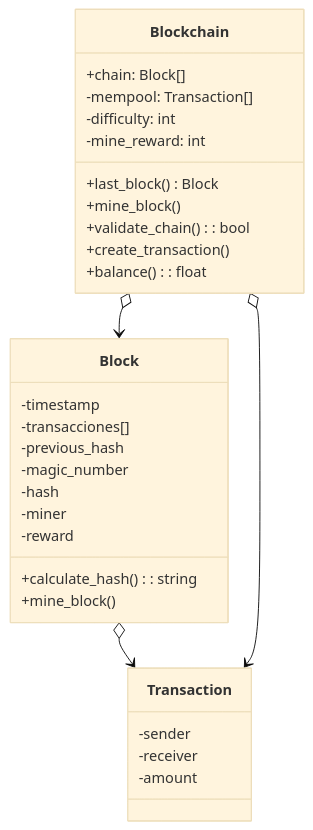
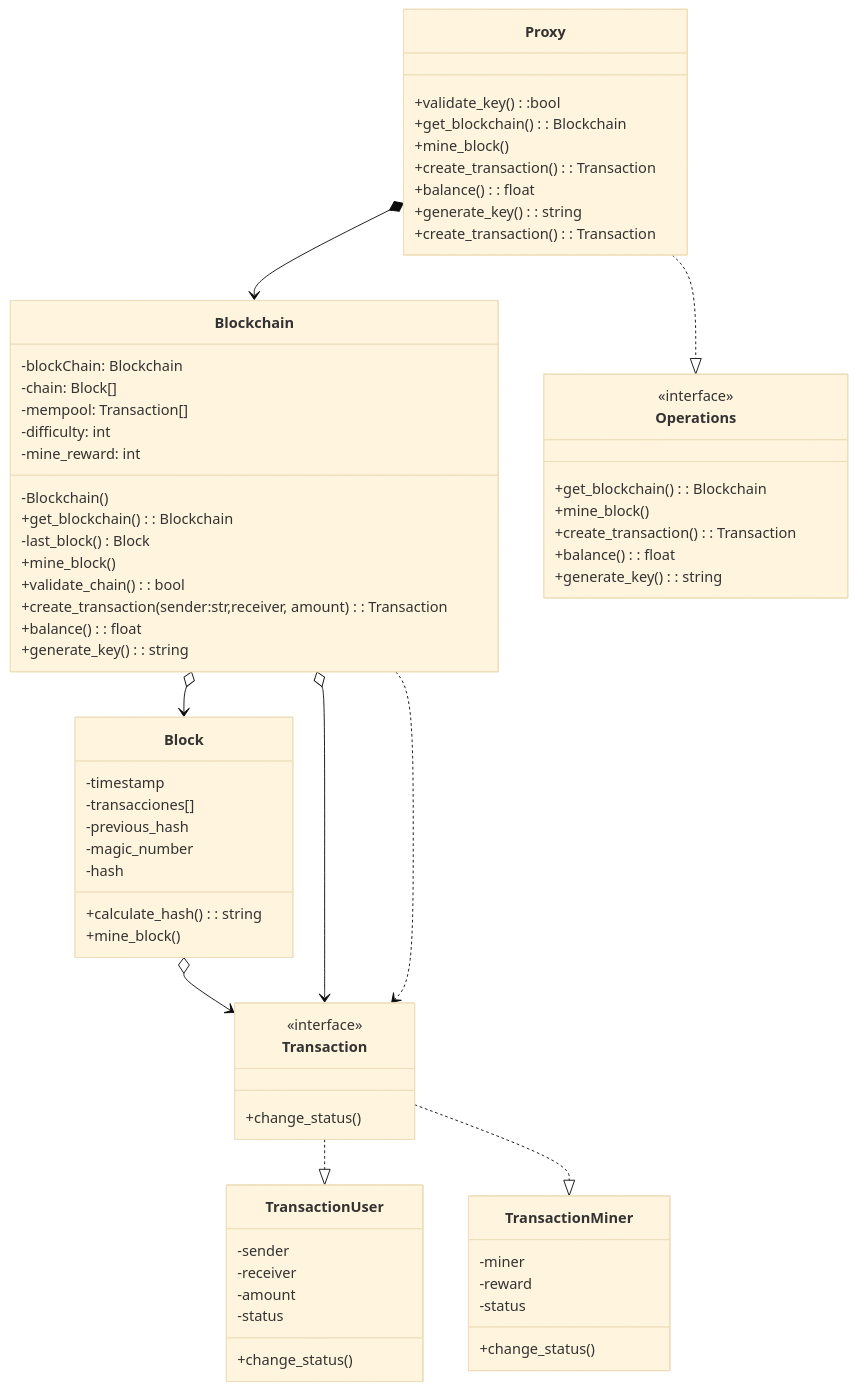
Before and after one commit to Salvador025/Crypto: the diagram in UML.md, drawn with Mermaid (base theme). The commit also changed other lines of this file, not shown here.

Commit message:
added method: generate_key, patterns added: proxy, singleton, Factory Method

````diff
--- a/UML.md
+++ b/UML.md
@@ -3,37 +4,78 @@
 ```mermaid
 classDiagram
     class Blockchain{
-        +chain: Block[]
+        -blockChain: Blockchain
+        -chain: Block[]
         -mempool: Transaction[]
         -difficulty: int
         -mine_reward: int
-        +last_block() Block
+        -Blockchain()
+        +get_blockchain(): Blockchain
+        -last_block() Block
         +mine_block()
         +validate_chain(): bool
-        +create_transaction()
+        +create_transaction(sender:str,receiver, amount): Transaction
         +balance(): float
+        +generate_key(): string
 
     }
 
     class Block{
         -timestamp
         -transacciones[]
         -previous_hash
         -magic_number
         -hash
-        -miner
-        -reward
 
         +calculate_hash(): string
         +mine_block()
     }
 
     class Transaction{
+        <<interface>>
+        +change_status()
+    }
+
+    class TransactionUser{
         -sender
         -receiver
         -amount
+        -status
+        +change_status()
     }
+
+    class TransactionMiner{
+        -miner
+        -reward
+        -status
+        +change_status()
+    }
+
+    class Proxy{
+        +validate_key():bool
+        +get_blockchain(): Blockchain
+        +mine_block()
+        +create_transaction(): Transaction
+        +balance(): float
+        +generate_key(): string
+        +create_transaction(): Transaction
+    }
+
+    class Operations{
+        <<interface>>
+        +get_blockchain(): Blockchain
+        +mine_block()
+        +create_transaction(): Transaction
+        +balance(): float
+        +generate_key(): string
+    }
+
     Blockchain o--> Block
     Block o--> Transaction
     Blockchain o--> Transaction
+    Transaction ..|> TransactionUser
+    Transaction ..|> TransactionMiner
+    Proxy *--> Blockchain
+    Proxy ..|> Operations
+    Blockchain ..> Transaction
 ```
````
